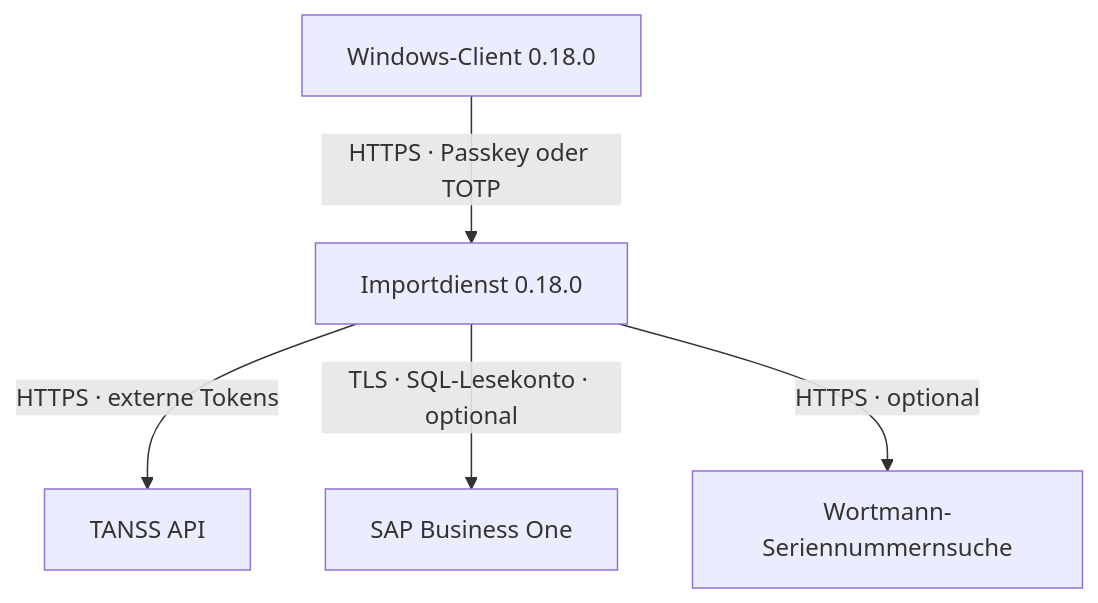
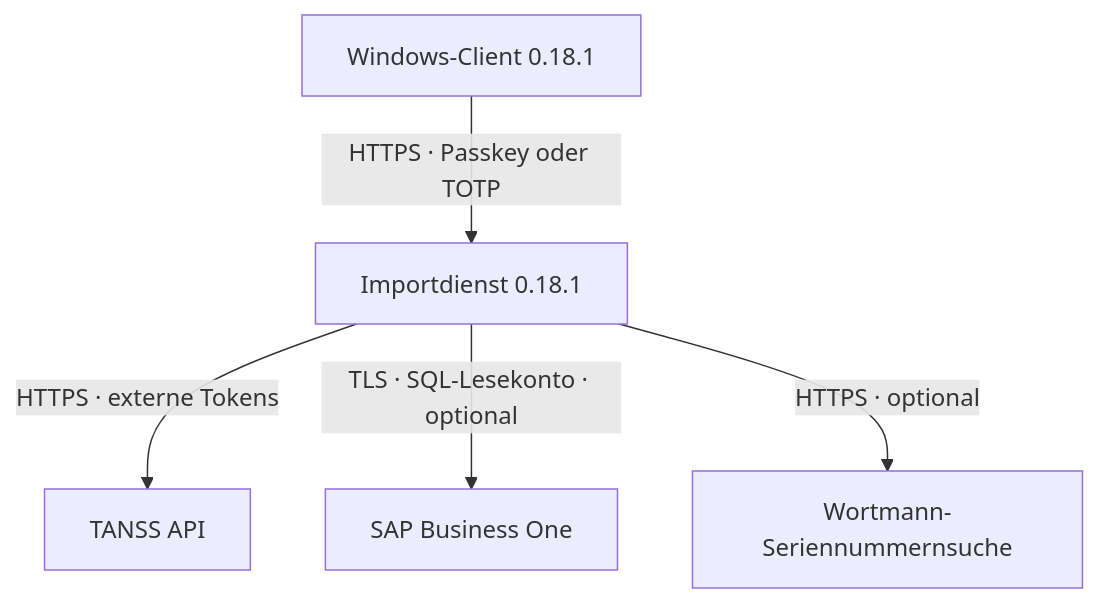
Before and after one commit to kellykiller/tanss-device-import-public: the first of 2 diagrams in docs/TECHNISCHE_DOKUMENTATION.md, drawn with Mermaid. The commit also changed other lines of this file and 15 other files, not shown here.

````diff
--- a/docs/TECHNISCHE_DOKUMENTATION.md
+++ b/docs/TECHNISCHE_DOKUMENTATION.md
@@ -16,7 +16,7 @@
 ```mermaid
 flowchart TD
-    A["Windows-Client 0.18.0"] -->|"HTTPS · Passkey oder TOTP"| B["Importdienst 0.18.0"]
+    A["Windows-Client 0.18.1"] -->|"HTTPS · Passkey oder TOTP"| B["Importdienst 0.18.1"]
     B -->|"HTTPS · externe Tokens"| C["TANSS API"]
     B -->|"TLS · SQL-Lesekonto · optional"| D["SAP Business One"]
     B -->|"HTTPS · optional"| E["Wortmann-Seriennummernsuche"]
 ```
````
